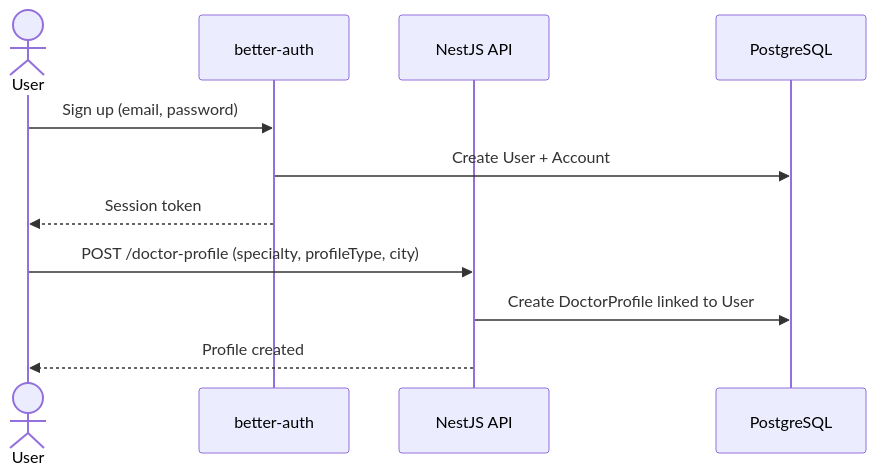
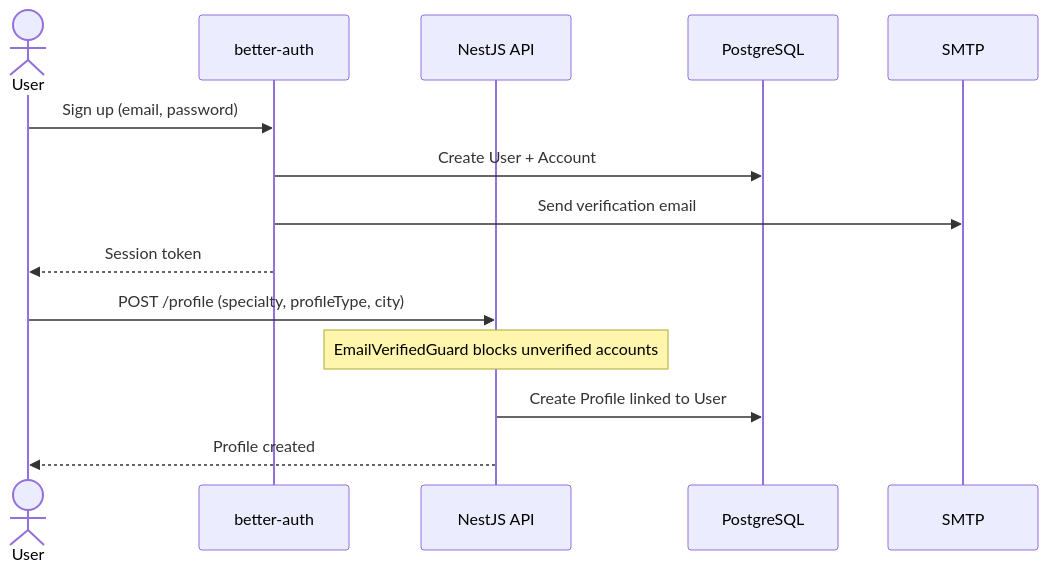
Before and after one commit to lellis-medical-group/kineo-nest-backend: the third of 6 diagrams in README.md, drawn with Mermaid. The commit also changed other lines of this file, not shown here.

````diff
--- a/README.md
+++ b/README.md
@@ -178,14 +170,17 @@
 ```mermaid
 sequenceDiagram
     actor U as User
     participant A as better-auth
     participant API as NestJS API
     participant DB as PostgreSQL
+    participant Mail as SMTP
 
     U->>A: Sign up (email, password)
     A->>DB: Create User + Account
+    A->>Mail: Send verification email
     A-->>U: Session token
-    U->>API: POST /doctor-profile (specialty, profileType, city)
-    API->>DB: Create DoctorProfile linked to User
+    U->>API: POST /profile (specialty, profileType, city)
+    Note over API: EmailVerifiedGuard blocks unverified accounts
+    API->>DB: Create Profile linked to User
     API-->>U: Profile created
 ```
````
